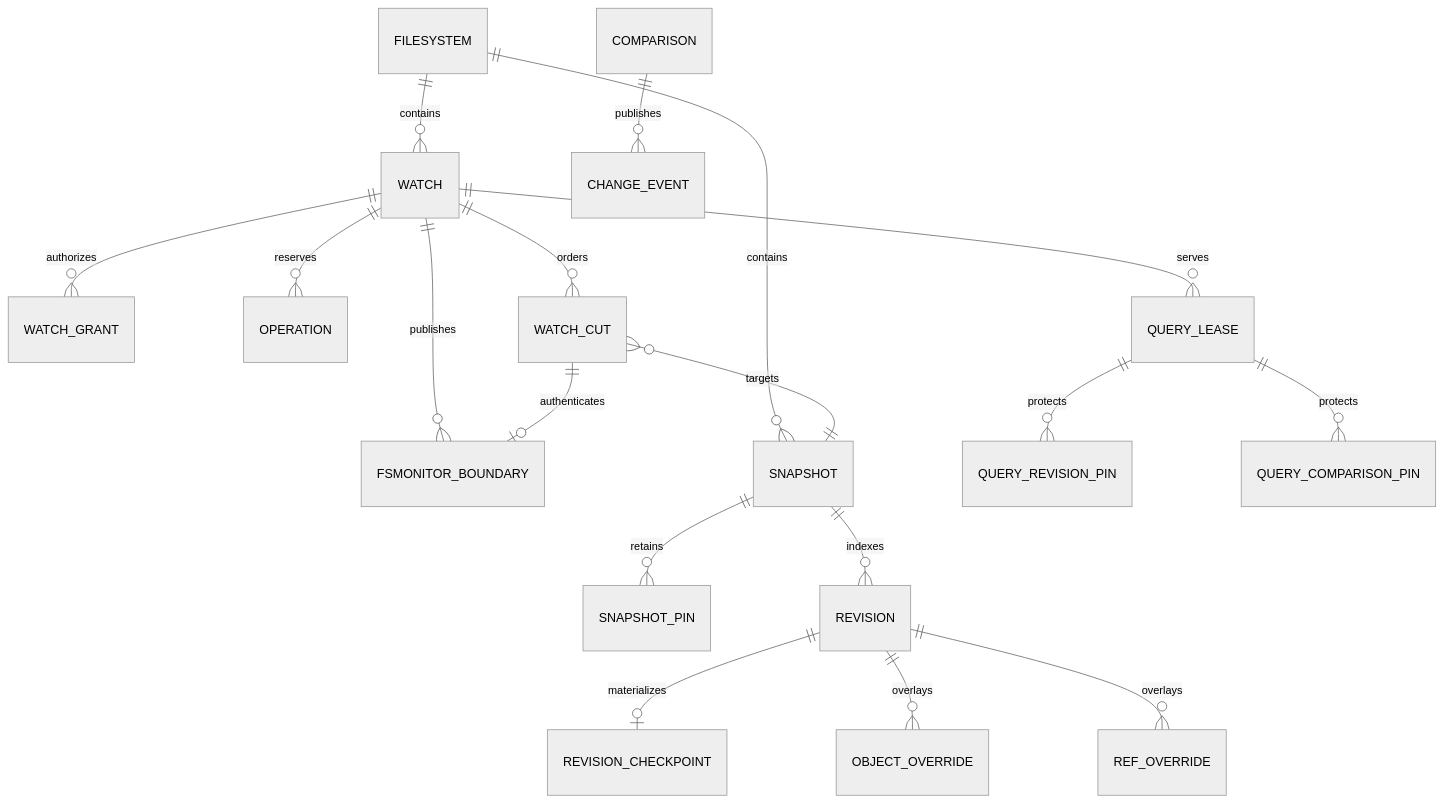
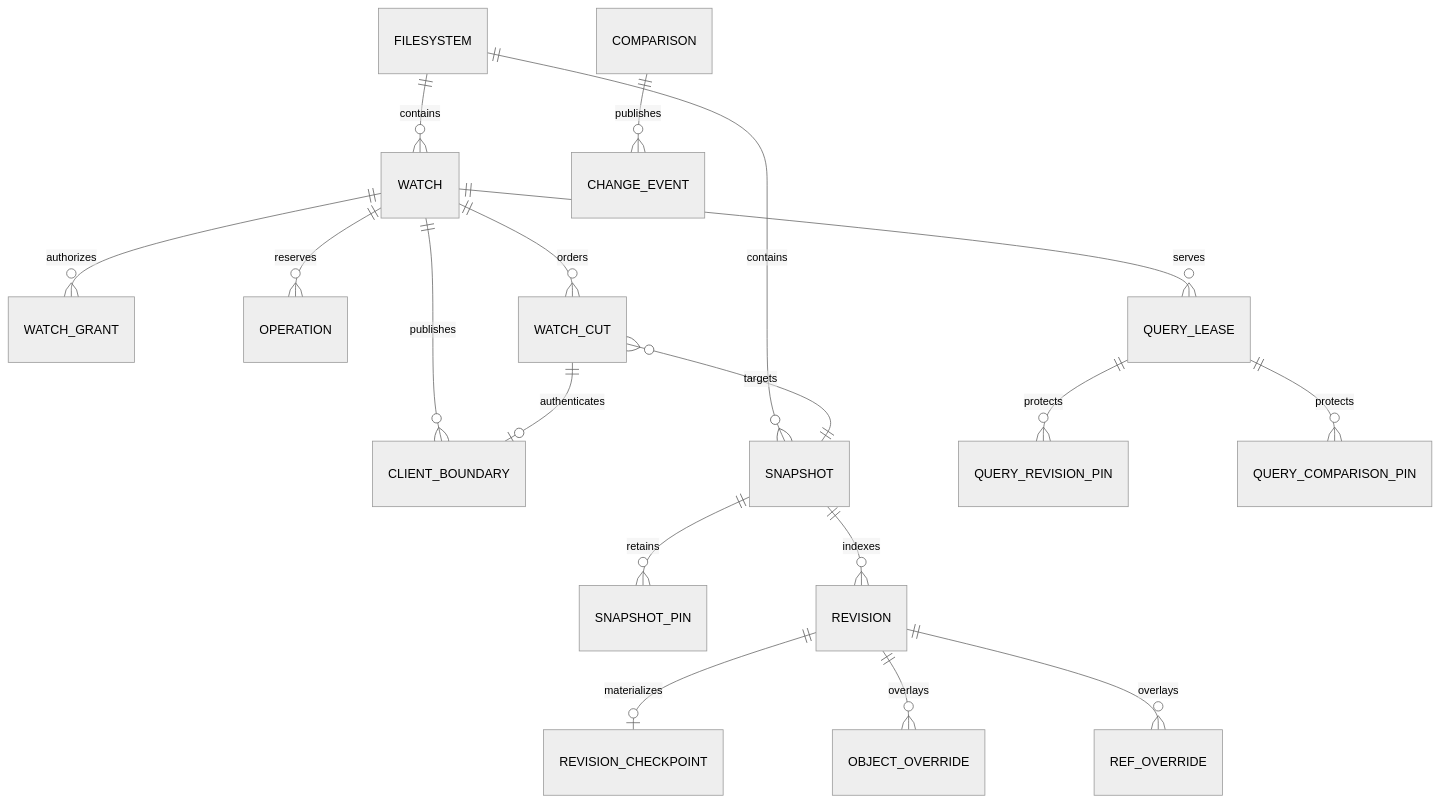
One commit to adamh-oai/jj changed the diagram in btrfs-awacs/docs/src/content/docs/architecture/persistence.md. Above: the diagram before and after it, drawn with Mermaid (neutral theme). The commit also changed other lines of this file and 49 other files, not shown here.

````diff
--- a/btrfs-awacs/docs/src/content/docs/architecture/persistence.md
+++ b/btrfs-awacs/docs/src/content/docs/architecture/persistence.md
@@ -13,20 +13,20 @@
 ```mermaid
 erDiagram
     FILESYSTEM ||--o{ WATCH : "contains"
     WATCH ||--o{ WATCH_GRANT : "authorizes"
     WATCH ||--o{ OPERATION : "reserves"
     WATCH ||--o{ WATCH_CUT : "orders"
-    WATCH ||--o{ FSMONITOR_BOUNDARY : "publishes"
+    WATCH ||--o{ CLIENT_BOUNDARY : "publishes"
     WATCH ||--o{ QUERY_LEASE : "serves"
     FILESYSTEM ||--o{ SNAPSHOT : "contains"
     SNAPSHOT ||--o{ SNAPSHOT_PIN : "retains"
     SNAPSHOT ||--o{ REVISION : "indexes"
     REVISION ||--o| REVISION_CHECKPOINT : "materializes"
     REVISION ||--o{ OBJECT_OVERRIDE : "overlays"
     REVISION ||--o{ REF_OVERRIDE : "overlays"
-    WATCH_CUT ||--o| FSMONITOR_BOUNDARY : "authenticates"
+    WATCH_CUT ||--o| CLIENT_BOUNDARY : "authenticates"
     WATCH_CUT }o--|| SNAPSHOT : "targets"
     COMPARISON ||--o{ CHANGE_EVENT : "publishes"
     QUERY_LEASE ||--o{ QUERY_REVISION_PIN : "protects"
     QUERY_LEASE ||--o{ QUERY_COMPARISON_PIN : "protects"
 ```
````
